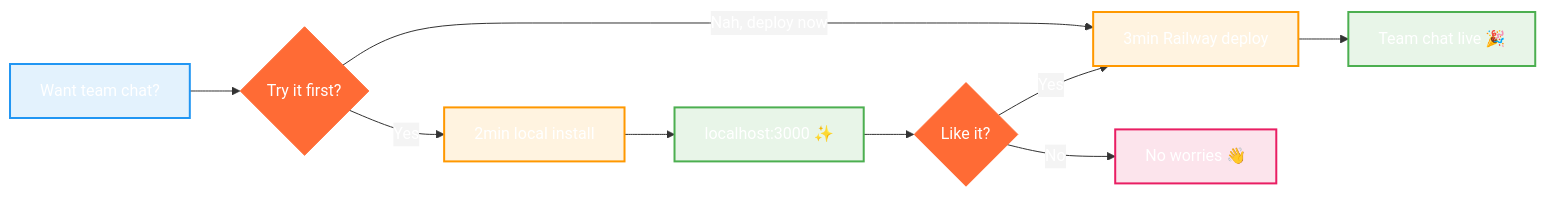
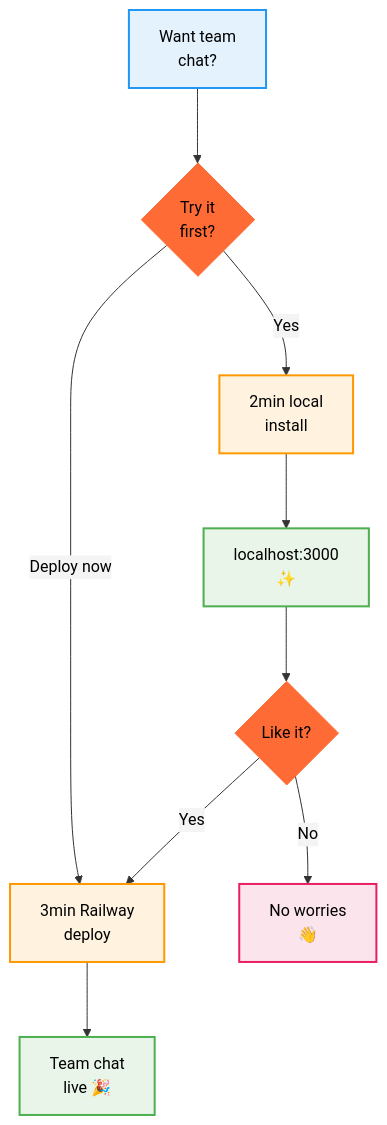
Before and after one commit to that-in-rust/campfire-on-rust: the first of 6 diagrams in README.md, drawn with Mermaid. The commit also changed other lines of this file and 4 other files, not shown here.

First line of the commit message:
✨ Improve branding and mermaid diagrams

````diff
--- a/README.md
+++ b/README.md
@@ -11,22 +11,22 @@
 ```mermaid
-%%{init: {'theme':'base', 'themeVariables': {'primaryColor':'#ff6b35','primaryTextColor':'#ffffff','primaryBorderColor':'#ff6b35','lineColor':'#333333','secondaryColor':'#f4f4f4','tertiaryColor':'#ffffff','background':'#ffffff','mainBkg':'#ff6b35','secondBkg':'#f8f9fa','tertiaryBkg':'#ffffff'}}}%%
-flowchart LR
-    A[Want team chat?] --> B{Try it first?}
-    B -->|Yes| C[2min local install]
-    B -->|Nah, deploy now| D[3min Railway deploy]
-    C --> E[localhost:3000 ✨]
+%%{init: {'theme':'base', 'themeVariables': {'primaryColor':'#ff6b35','primaryTextColor':'#000000','primaryBorderColor':'#ff6b35','lineColor':'#333333','secondaryColor':'#f4f4f4','tertiaryColor':'#ffffff','background':'#ffffff','mainBkg':'#ff6b35','secondBkg':'#f8f9fa','tertiaryBkg':'#ffffff'}, 'flowchart': {'nodeSpacing': 75, 'rankSpacing': 75, 'wrappingWidth': 150}}}%%
+flowchart TD
+    A[Want team<br/>chat?] --> B{Try it<br/>first?}
+    B -->|Yes| C[2min local<br/>install]
+    B -->|Deploy now| D[3min Railway<br/>deploy]
+    C --> E[localhost:3000<br/>✨]
     E --> F{Like it?}
     F -->|Yes| D
-    F -->|No| G[No worries 👋]
-    D --> H[Team chat live 🎉]
+    F -->|No| G[No worries<br/>👋]
+    D --> H[Team chat<br/>live 🎉]
     
-    classDef startNode fill:#e3f2fd,stroke:#2196f3,stroke-width:2px
-    classDef actionNode fill:#fff3e0,stroke:#ff9800,stroke-width:2px  
-    classDef successNode fill:#e8f5e8,stroke:#4caf50,stroke-width:2px
-    classDef endNode fill:#fce4ec,stroke:#e91e63,stroke-width:2px
+    classDef startNode fill:#e3f2fd,stroke:#2196f3,stroke-width:2px,color:#000000
+    classDef actionNode fill:#fff3e0,stroke:#ff9800,stroke-width:2px,color:#000000
+    classDef successNode fill:#e8f5e8,stroke:#4caf50,stroke-width:2px,color:#000000
+    classDef endNode fill:#fce4ec,stroke:#e91e63,stroke-width:2px,color:#000000
     
     class A startNode
     class C,D actionNode
     class E,H successNode
     class G endNode
 ```
````
